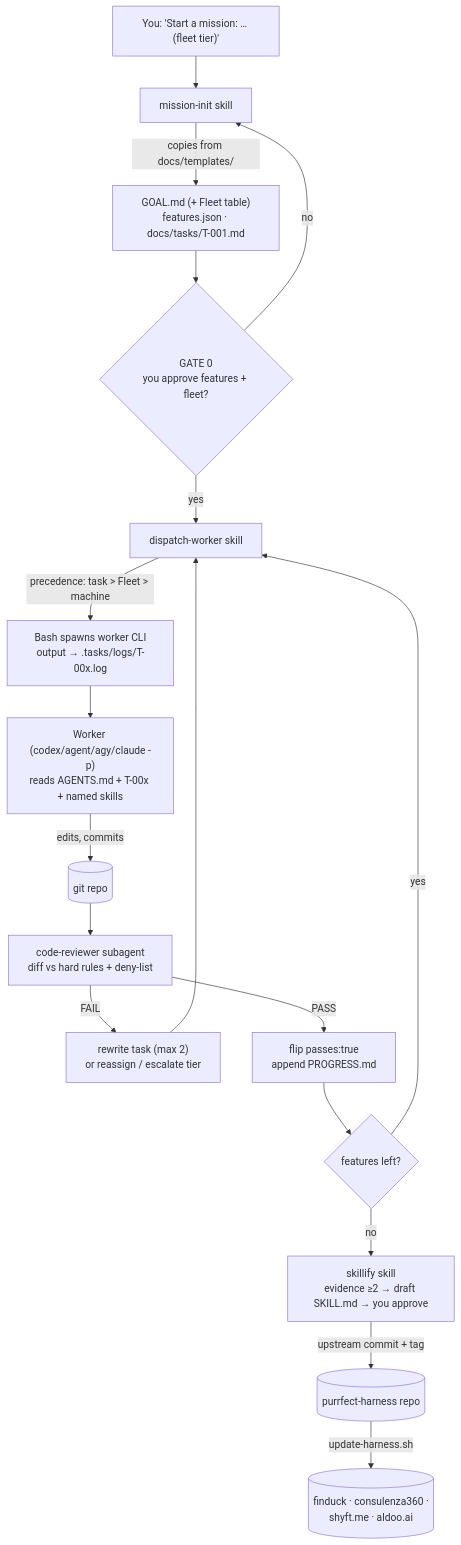
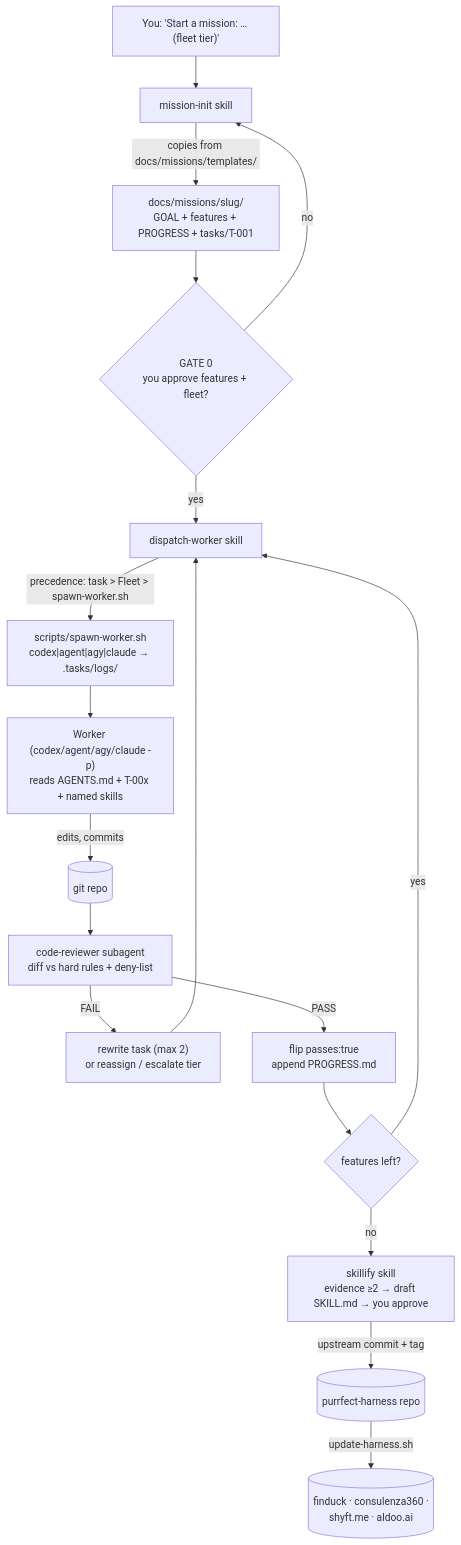
The fourth of 4 diagrams in README.md (hashorva/purrfect-harness), drawn with Mermaid before and after one commit. The commit also changed other lines of this file and 25 other files, not shown here.

First line of the commit message:
release: v2.0.0 — missions under docs/missions/ + local CLI spawn

````diff
--- a/README.md
+++ b/README.md
@@ -204,19 +204,19 @@
 ```mermaid
 flowchart TD
   U["You: 'Start a mission: … (fleet tier)'"] --> MI["mission-init skill"]
-  MI -->|"copies from docs/templates/"| F["GOAL.md (+ Fleet table)<br/>features.json · docs/tasks/T-001.md"]
+  MI -->|"copies from docs/missions/templates/"| F["docs/missions/slug/<br/>GOAL + features + PROGRESS + tasks/T-001"]
   F --> G0{"GATE 0<br/>you approve features + fleet?"}
   G0 -- no --> MI
   G0 -- yes --> DW["dispatch-worker skill"]
-  DW -->|"precedence: task > Fleet > machine"| SPAWN["Bash spawns worker CLI<br/>output → .tasks/logs/T-00x.log"]
+  DW -->|"precedence: task > Fleet > spawn-worker.sh"| SPAWN["scripts/spawn-worker.sh<br/>codex|agent|agy|claude → .tasks/logs/"]
   SPAWN --> W["Worker (codex/agent/agy/claude -p)<br/>reads AGENTS.md + T-00x + named skills"]
   W -->|"edits, commits"| REPO[("git repo")]
   REPO --> REV["code-reviewer subagent<br/>diff vs hard rules + deny-list"]
   REV -- FAIL --> RW["rewrite task (max 2)<br/>or reassign / escalate tier"] --> DW
   REV -- PASS --> FLIP["flip passes:true<br/>append PROGRESS.md"]
   FLIP --> MORE{"features left?"}
   MORE -- yes --> DW
   MORE -- no --> SKF["skillify skill<br/>evidence ≥2 → draft SKILL.md → you approve"]
   SKF -->|"upstream commit + tag"| HARN[("purrfect-harness repo")]
   HARN -->|"update-harness.sh"| OTHER[("finduck · consulenza360 ·<br/>shyft.me · aldoo.ai")]
 ```
````
